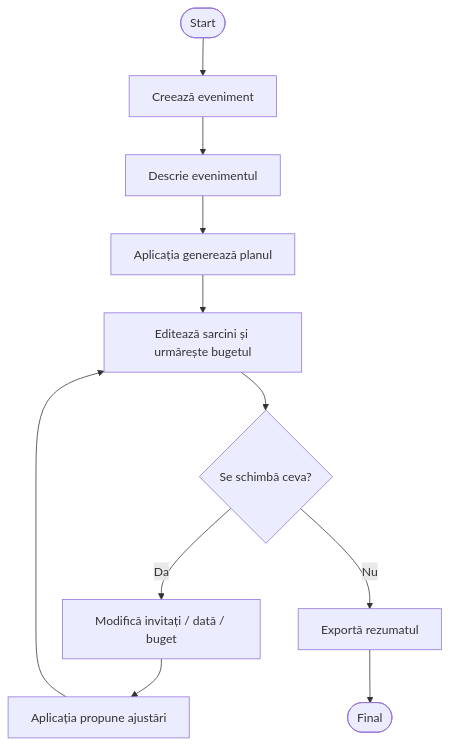
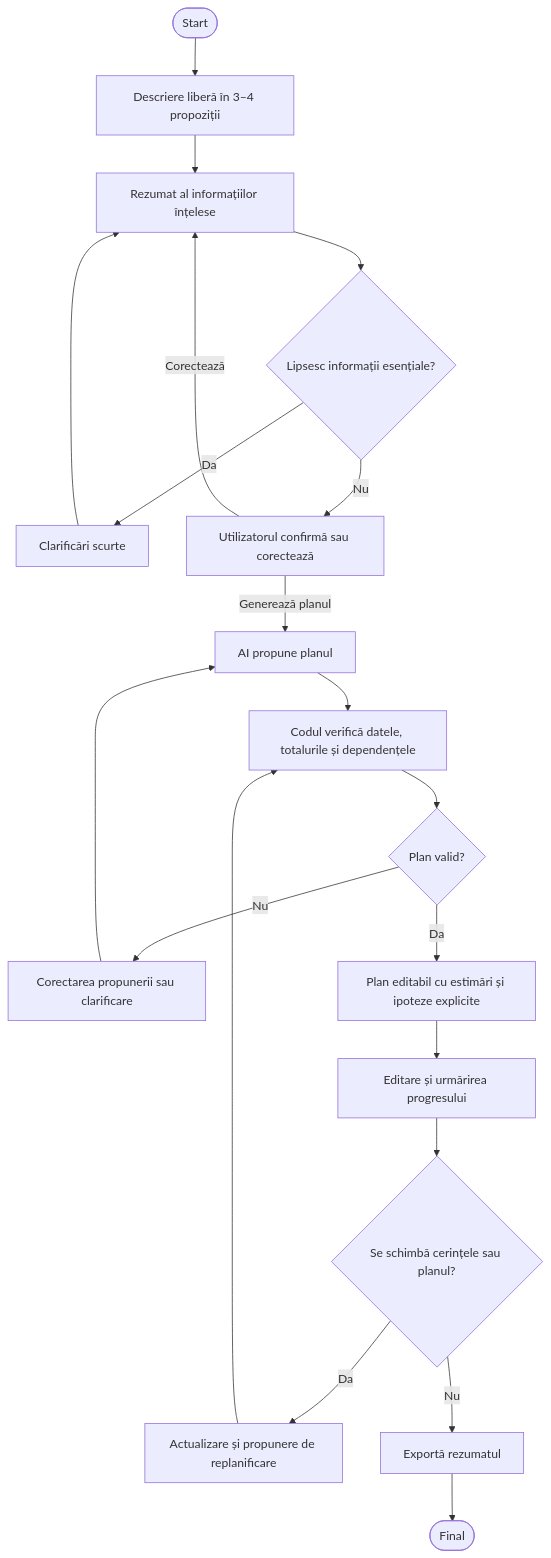
The second of 2 diagrams in README.md (tiaaa2805/Licenta---AI-Event-Planning-assistant), drawn with Mermaid before and after one commit. The commit also changed other lines of this file and 3 other files, not shown here.

Commit message:
Actualizeaza ReadMe si diagramele

````diff
--- a/README.md
+++ b/README.md
@@ -140,13 +161,22 @@
 ```mermaid
 flowchart TD
-    A([Start]) --> B["Creează eveniment"]
-    B --> C["Descrie evenimentul"]
-    C --> D["Aplicația generează planul"]
-    D --> E["Editează sarcini și urmărește bugetul"]
-    E --> F{"Se schimbă ceva?"}
-    F -- "Da" --> G["Modifică invitați / dată / buget"]
-    G --> H["Aplicația propune ajustări"]
-    H --> E
-    F -- "Nu" --> I["Exportă rezumatul"]
-    I --> J([Final])
+    A([Start]) --> B["Descriere liberă în 3–4 propoziții"]
+    B --> C["Rezumat al informațiilor înțelese"]
+    C --> D{"Lipsesc informații esențiale?"}
+    D -- "Da" --> E["Clarificări scurte"]
+    E --> C
+    D -- "Nu" --> F["Utilizatorul confirmă sau corectează"]
+    F -- "Corectează" --> C
+    F -- "Generează planul" --> G["AI propune planul"]
+    G --> H["Codul verifică datele, totalurile și dependențele"]
+    H --> V{"Plan valid?"}
+    V -- "Nu" --> R["Corectarea propunerii sau clarificare"]
+    R --> G
+    V -- "Da" --> I["Plan editabil cu estimări și ipoteze explicite"]
+    I --> J["Editare și urmărirea progresului"]
+    J --> K{"Se schimbă cerințele sau planul?"}
+    K -- "Da" --> L["Actualizare și propunere de replanificare"]
+    L --> H
+    K -- "Nu" --> M["Exportă rezumatul"]
+    M --> N([Final])
 ```
````
